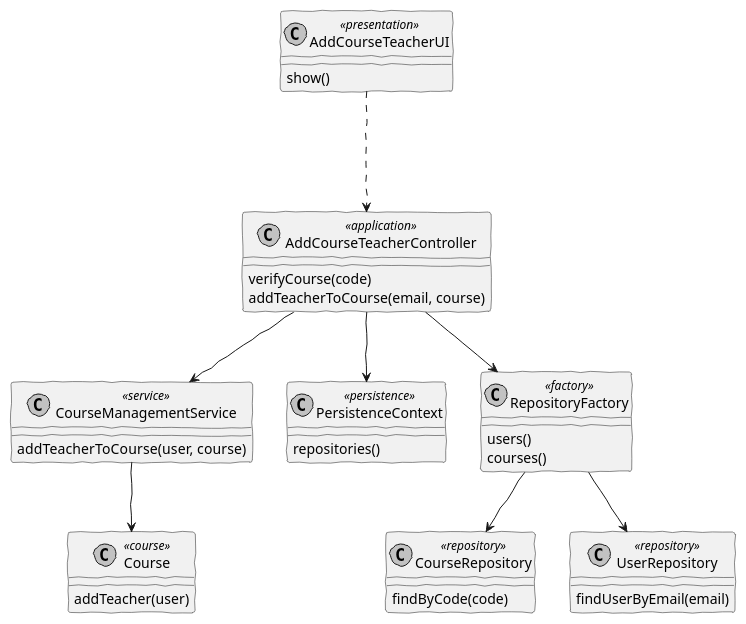
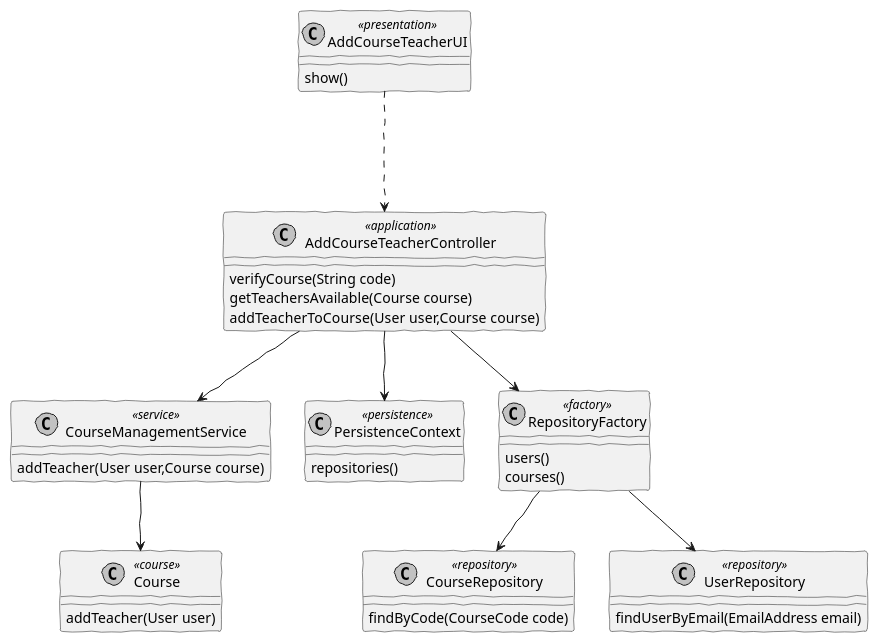
One commit to brunacosta03/sem4pi_22_23 changed the diagram in docs/SPRINT B/US_1005/CD/CD.puml. Above: the diagram before and after it, drawn with PlantUML. The commit also changed 6 other files, not shown here.

```diff
--- a/docs/SPRINT B/US_1005/CD/CD.puml
+++ b/docs/SPRINT B/US_1005/CD/CD.puml
@@ -1,53 +1,54 @@
 @startuml
 skinparam handwritten true
 skinparam monochrome true
 skinparam packageStyle rect
 skinparam defaultFontName FG Virgil
 skinparam shadowing false
 
 
 class AddCourseTeacherUI <<presentation>>{
 show()
 }
 
 class AddCourseTeacherController<<application>>{
-verifyCourse(code)
-addTeacherToCourse(email, course)
+verifyCourse(String code)
+getTeachersAvailable(Course course)
+addTeacherToCourse(User user,Course course)
 }
 
 class CourseManagementService<<service>>{
-addTeacherToCourse(user, course)
+addTeacher(User user,Course course)
 }
 
 class Course<<course>>{
-addTeacher(user)
+addTeacher(User user)
 }
 
 class PersistenceContext<<persistence>>{
 repositories()
 }
 
 class RepositoryFactory<<factory>>{
 users()
 courses()
 }
 
 class CourseRepository <<repository>>{
-findByCode(code)
+findByCode(CourseCode code)
 }
 
 class UserRepository <<repository>>{
-findUserByEmail(email)
+findUserByEmail(EmailAddress email)
 }
 
 AddCourseTeacherUI -.-> AddCourseTeacherController
 
 AddCourseTeacherController --> PersistenceContext
 AddCourseTeacherController --> RepositoryFactory
 AddCourseTeacherController --> CourseManagementService
 
 RepositoryFactory --> UserRepository
 RepositoryFactory --> CourseRepository
 
 CourseManagementService --> Course
 @enduml
```
